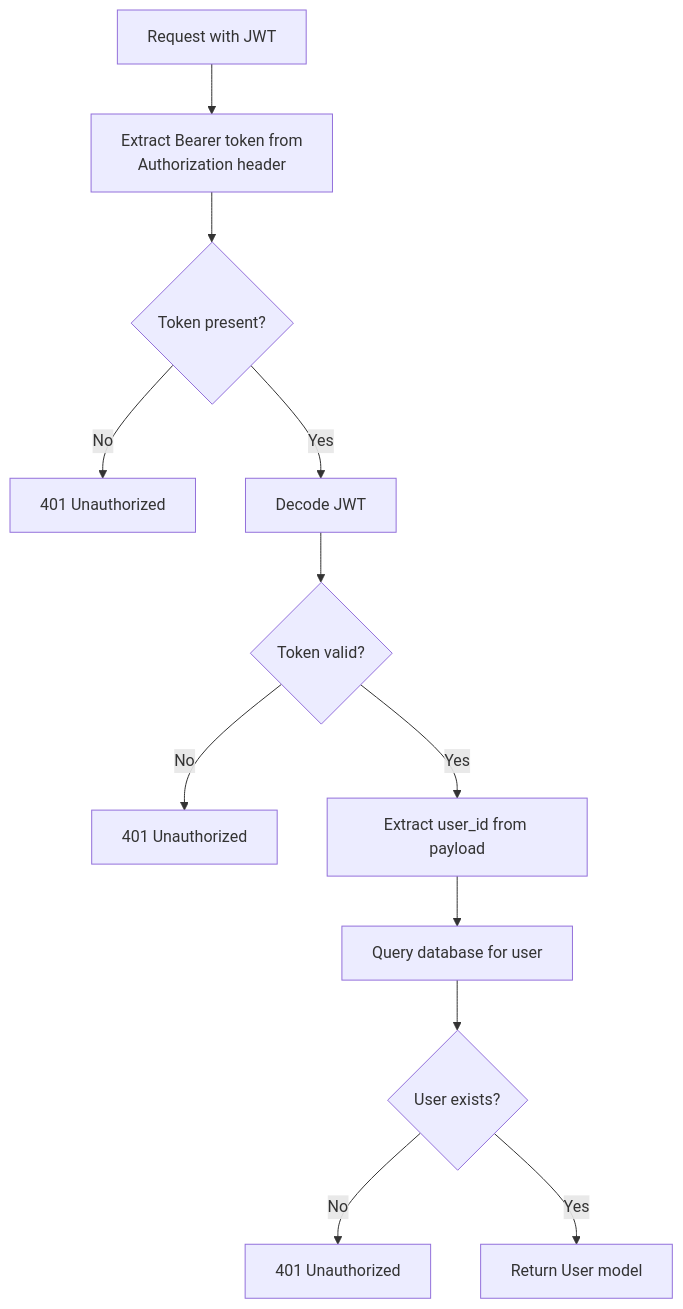
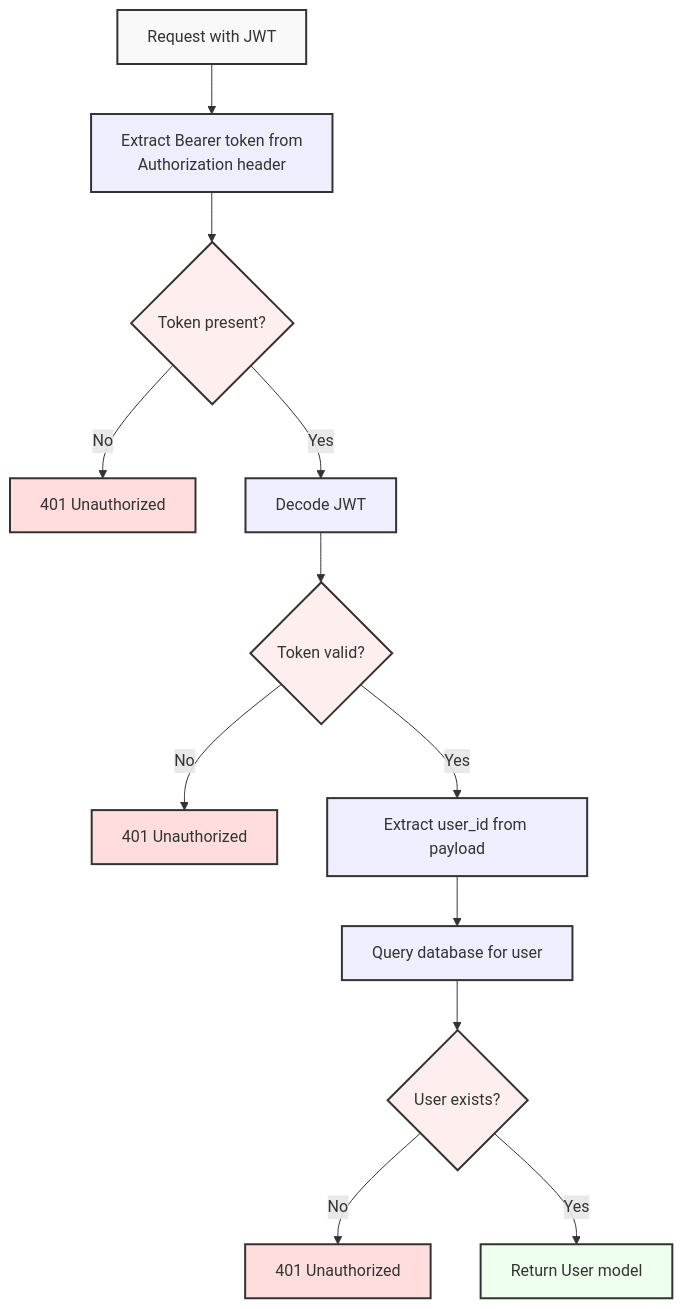
The third of 6 diagrams in README.md (AIgen-Solutions-s-r-l/fastapi-auth-service), drawn with Mermaid before and after one commit. The commit also changed other lines of this file, not shown here.

````diff
--- a/README.md
+++ b/README.md
@@ -100,14 +173,27 @@
    ```mermaid
    flowchart TD
        A[Request with JWT] --> B[Extract Bearer token from<br>Authorization header]
        B --> C{Token present?}
        C -->|No| D[401 Unauthorized]
        C -->|Yes| E[Decode JWT]
        E --> F{Token valid?}
        F -->|No| G[401 Unauthorized]
        F -->|Yes| H[Extract user_id from payload]
        H --> I[Query database for user]
        I --> J{User exists?}
        J -->|No| K[401 Unauthorized]
        J -->|Yes| L[Return User model]
+       
+       style A fill:#f9f9f9,stroke:#333,stroke-width:2px
+       style B fill:#eeeeff,stroke:#333,stroke-width:2px
+       style C fill:#ffeeee,stroke:#333,stroke-width:2px
+       style D fill:#ffdddd,stroke:#333,stroke-width:2px
+       style E fill:#eeeeff,stroke:#333,stroke-width:2px
+       style F fill:#ffeeee,stroke:#333,stroke-width:2px
+       style G fill:#ffdddd,stroke:#333,stroke-width:2px
+       style H fill:#eeeeff,stroke:#333,stroke-width:2px
+       style I fill:#eeeeff,stroke:#333,stroke-width:2px
+       style J fill:#ffeeee,stroke:#333,stroke-width:2px
+       style K fill:#ffdddd,stroke:#333,stroke-width:2px
+       style L fill:#eeffee,stroke:#333,stroke-width:2px
    ```
````
